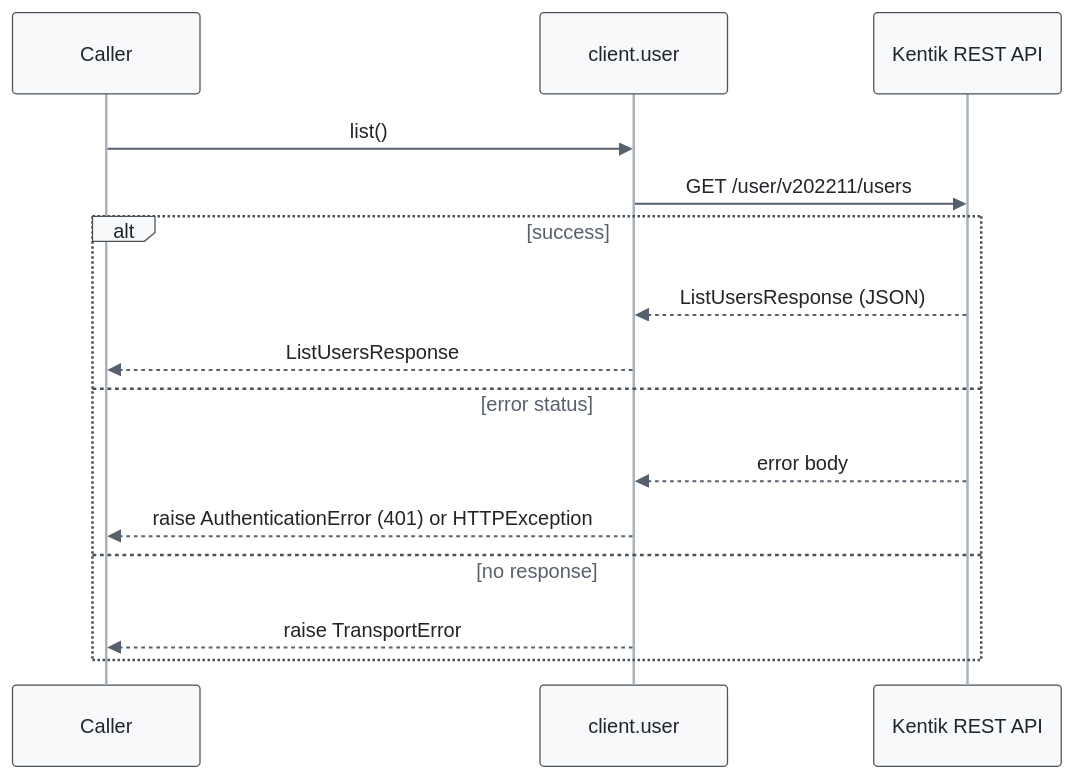
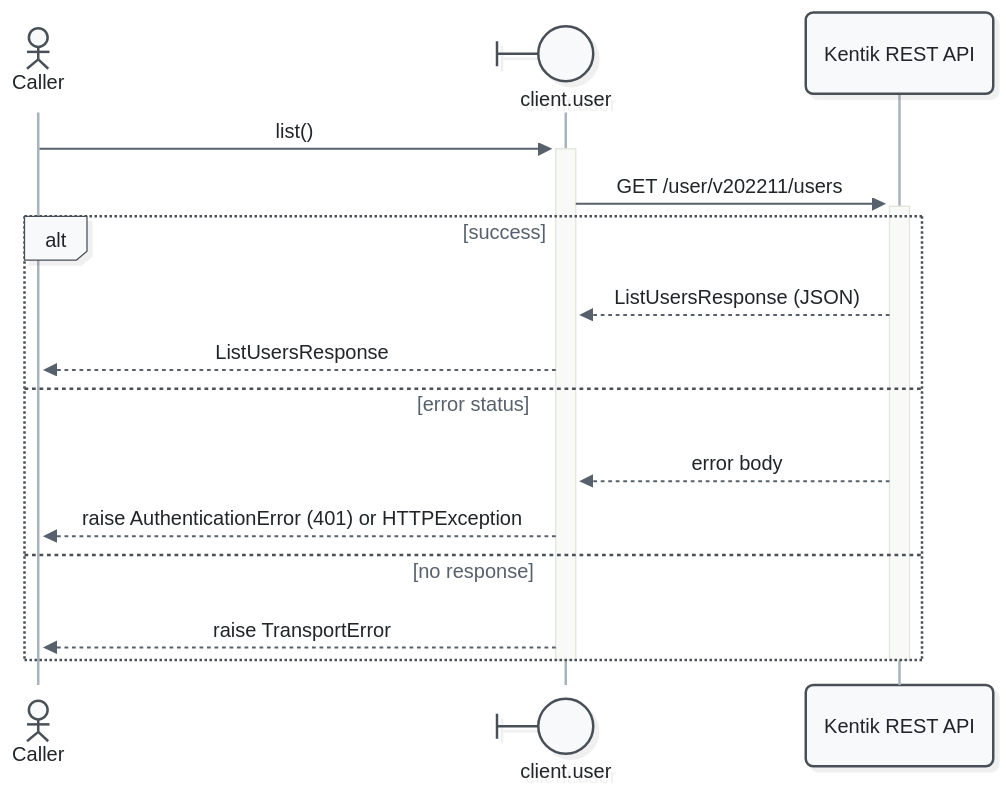
The first of 15 diagrams in docs/sphinx/services/user.md (alexdearaujo/community_sdk_python), drawn with Mermaid before and after one commit. The commit also changed other lines of this file and 52 other files, not shown here.

First line of the commit message:
docs: Mermaid 12 sequence diagrams with participant types and path colors

````diff
--- a/docs/sphinx/services/user.md
+++ b/docs/sphinx/services/user.md
@@ -33,19 +33,21 @@
 ```mermaid
-%%{init: {"theme": "base", "fontFamily": "ui-monospace, SFMono-Regular, Menlo, monospace", "themeVariables": {"fontFamily": "ui-monospace, SFMono-Regular, Menlo, monospace", "primaryColor": "#f8f9fa", "primaryBorderColor": "#495057", "primaryTextColor": "#212529", "textColor": "#212529", "lineColor": "#77818c", "edgeLabelBackground": "#ffffff", "actorBkg": "#f8f9fa", "actorBorder": "#495057", "actorTextColor": "#212529", "actorLineColor": "#a9b3be", "signalColor": "#57616d", "signalTextColor": "#212529", "labelBoxBkgColor": "#f8f9fa", "labelBoxBorderColor": "#495057", "labelTextColor": "#212529", "loopTextColor": "#57616d", "noteBkgColor": "#fff9db", "noteBorderColor": "#f08c00", "noteTextColor": "#a35a00"}, "flowchart": {"curve": "step", "nodeSpacing": 30, "rankSpacing": 70, "wrappingWidth": 400}}}%%
+%%{init: {"theme": "redux", "look": "neo", "layout": "dagre", "fontFamily": "ui-monospace, SFMono-Regular, Menlo, monospace", "themeVariables": {"fontFamily": "ui-monospace, SFMono-Regular, Menlo, monospace", "primaryColor": "#f8f9fa", "primaryBorderColor": "#495057", "primaryTextColor": "#212529", "textColor": "#212529", "lineColor": "#77818c", "edgeLabelBackground": "#ffffff", "actorBkg": "#f8f9fa", "actorBorder": "#495057", "actorTextColor": "#212529", "actorLineColor": "#a9b3be", "signalColor": "#57616d", "signalTextColor": "#212529", "labelBoxBkgColor": "#f8f9fa", "labelBoxBorderColor": "#495057", "labelTextColor": "#212529", "loopTextColor": "#57616d", "noteBkgColor": "#fff9db", "noteBorderColor": "#f08c00", "noteTextColor": "#a35a00"}, "sequence": {"activationWidth": 16}, "flowchart": {"curve": "step", "nodeSpacing": 30, "rankSpacing": 70, "wrappingWidth": 400}}}%%
 sequenceDiagram
-    participant C as Caller
-    participant W as client.user
+    actor C as Caller
+    participant W@{ "type": "boundary" } as client.user
     participant API as Kentik REST API
 
-    C->>W: list()
-    W->>API: GET /user/v202211/users
+    C->>+W: list()
+    W->>+API: GET /user/v202211/users
     alt success
         API-->>W: ListUsersResponse (JSON)
         W-->>C: ListUsersResponse
     else error status
         API-->>W: error body
         W-->>C: raise AuthenticationError (401) or HTTPException
     else no response
         W-->>C: raise TransportError
     end
+    deactivate API
+    deactivate W
 ```
````
